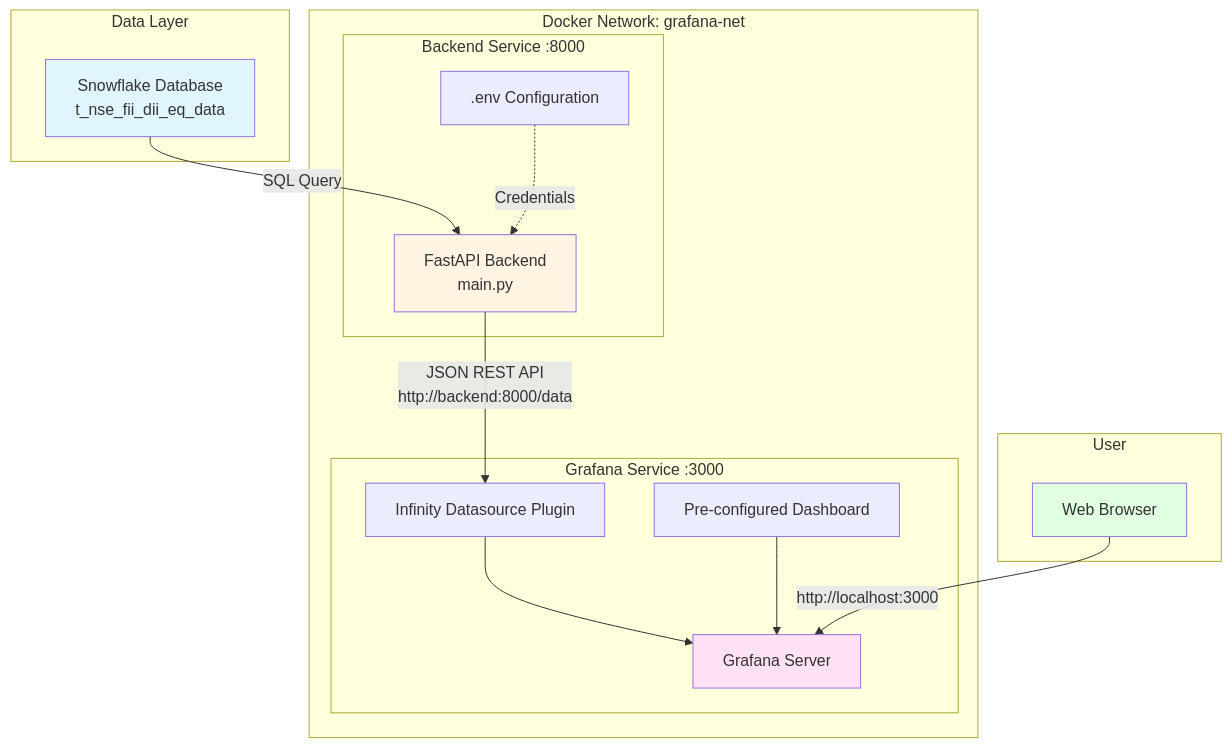
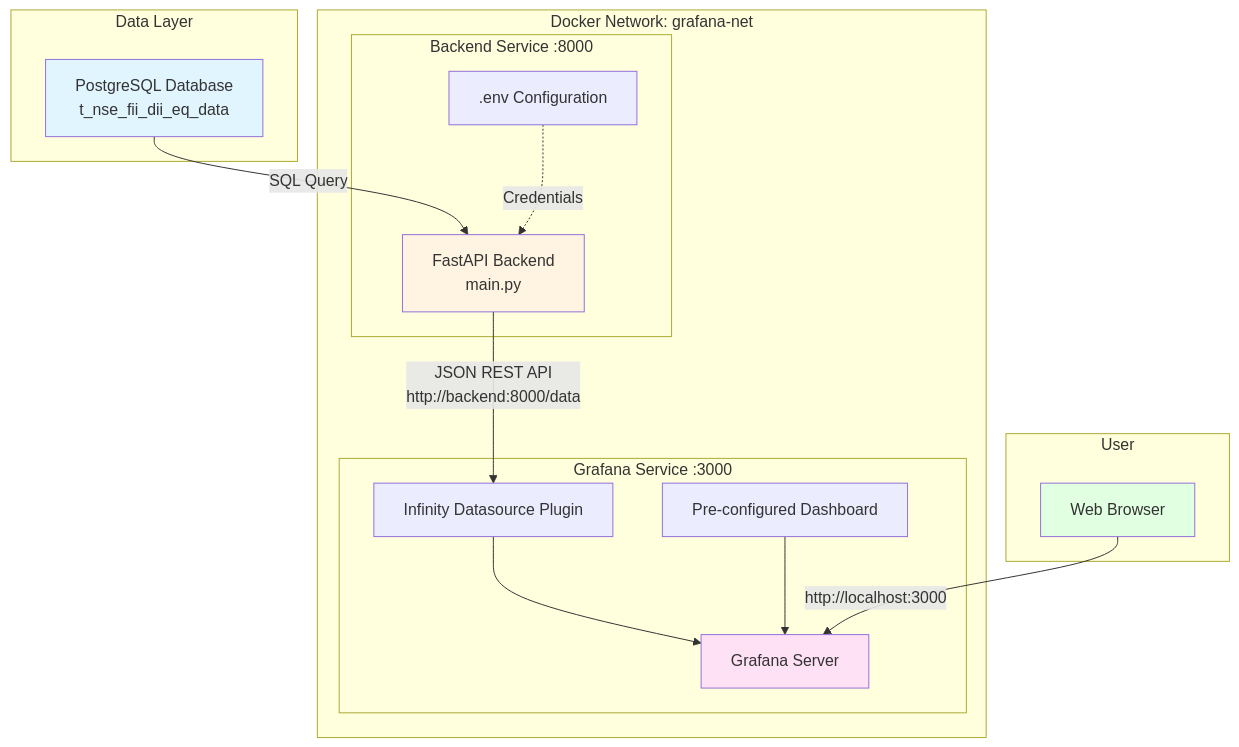
Before and after one commit to stirandas/nfd_visualizations: the first of 2 diagrams in docs/architecture.md, drawn with Mermaid. The commit also changed other lines of this file and 7 other files, not shown here.

First line of the commit message:
Migrate from Snowflake to PostgreSQL

````diff
--- a/docs/architecture.md
+++ b/docs/architecture.md
@@ -9,35 +9,35 @@
 ```mermaid
 graph TB
     subgraph "Data Layer"
-        SF[Snowflake Database<br/>t_nse_fii_dii_eq_data]
+        PG[PostgreSQL Database<br/>t_nse_fii_dii_eq_data]
     end
     
     subgraph "Docker Network: grafana-net"
         subgraph "Backend Service :8000"
             API[FastAPI Backend<br/>main.py]
             ENV[.env Configuration]
         end
         
         subgraph "Grafana Service :3000"
             GF[Grafana Server]
             INF[Infinity Datasource Plugin]
             DASH[Pre-configured Dashboard]
         end
     end
     
     subgraph "User"
         BROWSER[Web Browser]
     end
     
-    SF -->|SQL Query| API
+    PG -->|SQL Query| API
     ENV -.->|Credentials| API
     API -->|JSON REST API<br/>http://backend:8000/data| INF
     INF --> GF
     DASH --> GF
     BROWSER -->|http://localhost:3000| GF
     
-    style SF fill:#e1f5ff
+    style PG fill:#e1f5ff
     style API fill:#fff4e1
     style GF fill:#ffe1f5
     style BROWSER fill:#e1ffe1
 ```
````
